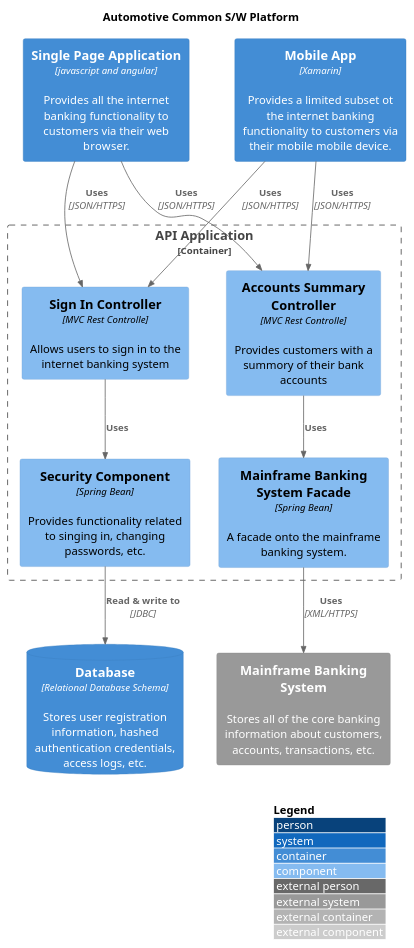
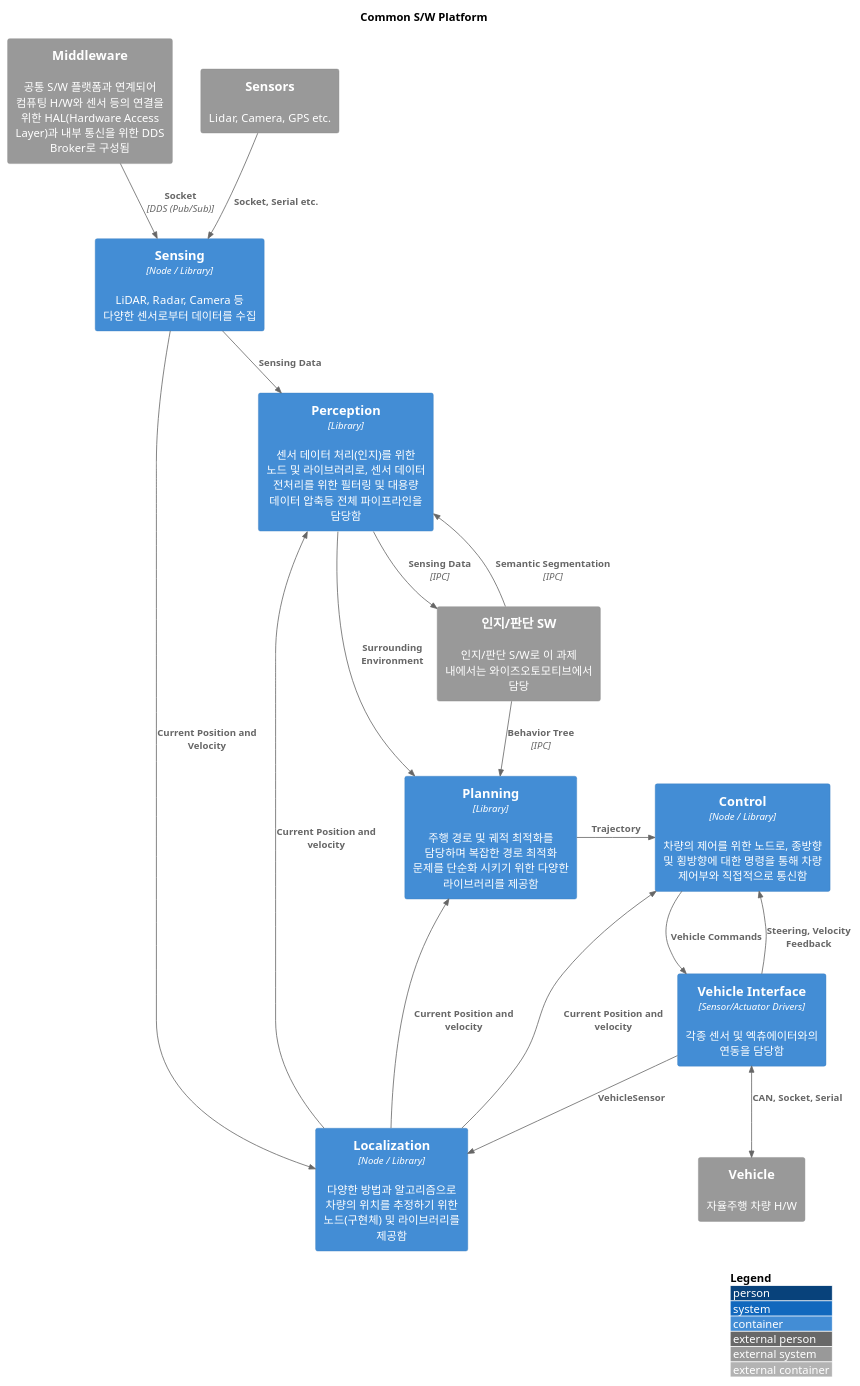
The diagram in docs/puml/Platform.puml (AutonomousSensorFusionAI/automotive-sw-platform), drawn with PlantUML before and after one commit. The commit also changed 8 other files, not shown here.

```diff
--- a/docs/puml/Platform.puml
+++ b/docs/puml/Platform.puml
@@ -1,32 +1,41 @@
 @startuml
-!include https://raw.githubusercontent.com/plantuml-stdlib/C4-PlantUML/master/C4_Component.puml
-' uncomment the following line and comment the first to use locally
-' !include C4_Component.puml
+!include https://raw.githubusercontent.com/plantuml-stdlib/C4-PlantUML/master/C4_Container.puml
 
+'LAYOUT_AS_SKETCH()
+LAYOUT_TOP_DOWN()
+'LAYOUT_LEFT_RIGHT()
 LAYOUT_WITH_LEGEND()
 
-title Automotive Common S/W Platform
+title Common S/W Platform
 
-Container(spa, "Single Page Application", "javascript and angular", "Provides all the internet banking functionality to customers via their web browser.")
-Container(ma, "Mobile App", "Xamarin", "Provides a limited subset ot the internet banking functionality to customers via their mobile mobile device.")
-ContainerDb(db, "Database", "Relational Database Schema", "Stores user registration information, hashed authentication credentials, access logs, etc.")
-System_Ext(mbs, "Mainframe Banking System", "Stores all of the core banking information about customers, accounts, transactions, etc.")
+Container(Sensing, "Sensing", "Node / Library", "LiDAR, Radar, Camera 등 다양한 센서로부터 데이터를 수집") 
+Container(Localization, "Localization", "Node / Library", "다양한 방법과 알고리즘으로 차량의 위치를 추정하기 위한 노드(구현체) 및 라이브러리를 제공함") 
+Container(Perception, "Perception", "Library", "센서 데이터 처리(인지)를 위한 노드 및 라이브러리로, 센서 데이터 전처리를 위한 필터링 및 대용량 데이터 압축등 전체 파이프라인을 담당함") 
+Container(Planning, "Planning", "Library", "주행 경로 및 궤적 최적화를 담당하며 복잡한 경로 최적화 문제를 단순화 시키기 위한 다양한 라이브러리를 제공함")
+Container(Control, "Control", "Node / Library", "차량의 제어를 위한 노드로, 종방향 및 횡방향에 대한 명령을 통해 차량 제어부와 직접적으로 통신함")
+Container(VehicleInterface, "Vehicle Interface", "Sensor/Actuator Drivers", "각종 센서 및 엑츄에이터와의 연동을 담당함")
 
-Container_Boundary(api, "API Application") {
-    Component(sign, "Sign In Controller", "MVC Rest Controlle", "Allows users to sign in to the internet banking system")
-    Component(accounts, "Accounts Summary Controller", "MVC Rest Controlle", "Provides customers with a summory of their bank accounts")
-    Component(security, "Security Component", "Spring Bean", "Provides functionality related to singing in, changing passwords, etc.")
-    Component(mbsfacade, "Mainframe Banking System Facade", "Spring Bean", "A facade onto the mainframe banking system.")
+System_Ext(PerceptionPlanningSw, "인지/판단 SW", "인지/판단 S/W로 이 과제 내에서는 와이즈오토모티브에서 담당")
+ 
+System_Ext(Middleware, "Middleware", "공통 S/W 플랫폼과 연계되어 컴퓨팅 H/W와 센서 등의 연결을 위한 HAL(Hardware Access Layer)과 내부 통신을 위한 DDS Broker로 구성됨")
+System_Ext(Vehicle, "Vehicle", "자율주행 차량 H/W") 
+System_Ext(Sensors, "Sensors", "Lidar, Camera, GPS etc.")
 
-    Rel(sign, security, "Uses")
-    Rel(accounts, mbsfacade, "Uses")
-    Rel(security, db, "Read & write to", "JDBC")
-    Rel(mbsfacade, mbs, "Uses", "XML/HTTPS")
-}
+Rel(Middleware, Sensing, "Socket", "DDS (Pub/Sub)")
+Rel(Sensors, Sensing, "Socket, Serial etc.")
+Rel(Sensing, Perception, "Sensing Data")
+Rel_Neighbor(Perception, Planning, "Surrounding Environment") 
+Rel_Neighbor(Planning, Control, "Trajectory")
+Rel(Control, VehicleInterface, "Vehicle Commands")
+Rel(VehicleInterface,Control, "Steering, Velocity Feedback")
+BiRel(VehicleInterface, Vehicle, "CAN, Socket, Serial")
+Rel(Sensing, Localization, "Current Position and Velocity") 
+Rel(Localization,Perception, "Current Position and velocity") 
+Rel(Localization,Planning, "Current Position and velocity") 
+Rel(Localization, Control, "Current Position and velocity")
+Rel(VehicleInterface, Localization, "VehicleSensor")
+Rel(PerceptionPlanningSw, Perception, "Semantic Segmentation", "IPC")
+Rel(Perception, PerceptionPlanningSw, "Sensing Data", "IPC")
+Rel(PerceptionPlanningSw, Planning, "Behavior Tree", "IPC")
 
-Rel(spa, sign, "Uses", "JSON/HTTPS")
-Rel(spa, accounts, "Uses", "JSON/HTTPS")
-
-Rel(ma, sign, "Uses", "JSON/HTTPS")
-Rel(ma, accounts, "Uses", "JSON/HTTPS")
 @enduml
```
